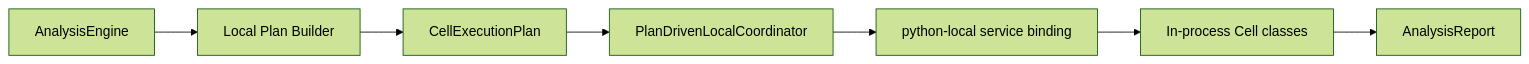
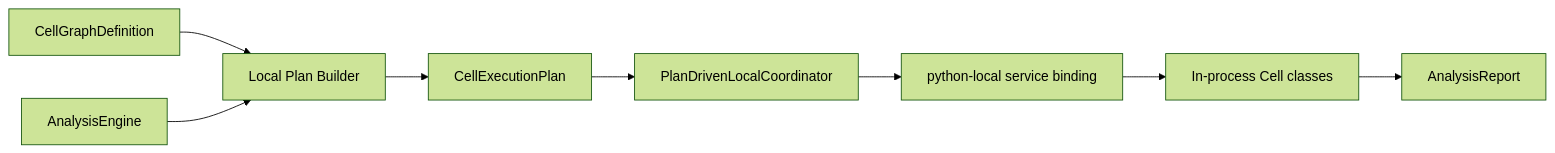
One commit to ModWU/market-cell changed the second of 3 diagrams in docs/cell_execution_fabric.md. Above: the diagram before and after it, drawn with Mermaid (forest theme). The commit also changed other lines of this file and 38 other files, not shown here.

Commit message:
Add versioned Cell graph definitions

````diff
--- a/docs/cell_execution_fabric.md
+++ b/docs/cell_execution_fabric.md
@@ -302,9 +334,10 @@
 ```mermaid
 flowchart LR
-    Engine["AnalysisEngine"] --> Planner["Local Plan Builder"]
+    Graph["CellGraphDefinition"] --> Planner["Local Plan Builder"]
+    Engine["AnalysisEngine"] --> Planner
     Planner --> Plan["CellExecutionPlan"]
     Plan --> Coordinator["PlanDrivenLocalCoordinator"]
     Coordinator --> Local["python-local service binding"]
     Local --> Cells["In-process Cell classes"]
     Cells --> Report["AnalysisReport"]
 ```
````
